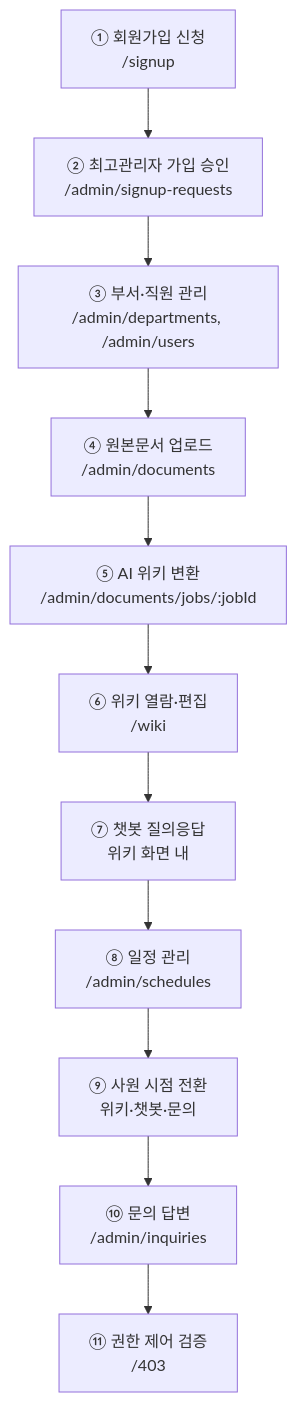
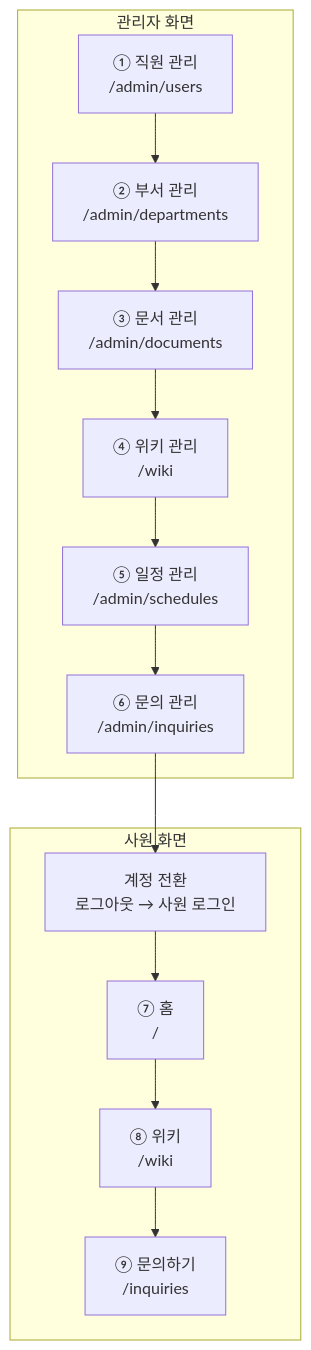
The diagram in exec/04_시연_시나리오.md (LeeSeonHyeong/document_management_platform_ajt), drawn with Mermaid before and after one commit. The commit also changed other lines of this file, not shown here.

````diff
--- a/exec/04_시연_시나리오.md
+++ b/exec/04_시연_시나리오.md
@@ -62,13 +64,16 @@
 ```mermaid
 flowchart TD
-    S1["① 회원가입 신청<br/>/signup"] --> S2["② 최고관리자 가입 승인<br/>/admin/signup-requests"]
-    S2 --> S3["③ 부서·직원 관리<br/>/admin/departments, /admin/users"]
-    S3 --> S4["④ 원본문서 업로드<br/>/admin/documents"]
-    S4 --> S5["⑤ AI 위키 변환<br/>/admin/documents/jobs/:jobId"]
-    S5 --> S6["⑥ 위키 열람·편집<br/>/wiki"]
-    S6 --> S7["⑦ 챗봇 질의응답<br/>위키 화면 내"]
-    S7 --> S8["⑧ 일정 관리<br/>/admin/schedules"]
-    S8 --> S9["⑨ 사원 시점 전환<br/>위키·챗봇·문의"]
-    S9 --> S10["⑩ 문의 답변<br/>/admin/inquiries"]
-    S10 --> S11["⑪ 권한 제어 검증<br/>/403"]
+    subgraph ADMIN["관리자 화면"]
+        A1["① 직원 관리<br/>/admin/users"] --> A2["② 부서 관리<br/>/admin/departments"]
+        A2 --> A3["③ 문서 관리<br/>/admin/documents"]
+        A3 --> A4["④ 위키 관리<br/>/wiki"]
+        A4 --> A5["⑤ 일정 관리<br/>/admin/schedules"]
+        A5 --> A6["⑥ 문의 관리<br/>/admin/inquiries"]
+    end
+    A6 --> SW["계정 전환<br/>로그아웃 → 사원 로그인"]
+    subgraph EMP["사원 화면"]
+        SW --> E1["⑦ 홈<br/>/"]
+        E1 --> E2["⑧ 위키<br/>/wiki"]
+        E2 --> E3["⑨ 문의하기<br/>/inquiries"]
+    end
 ```
````
